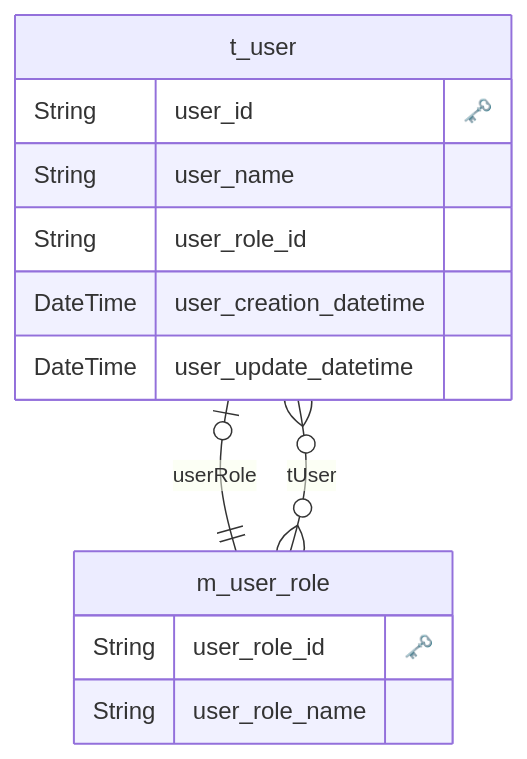
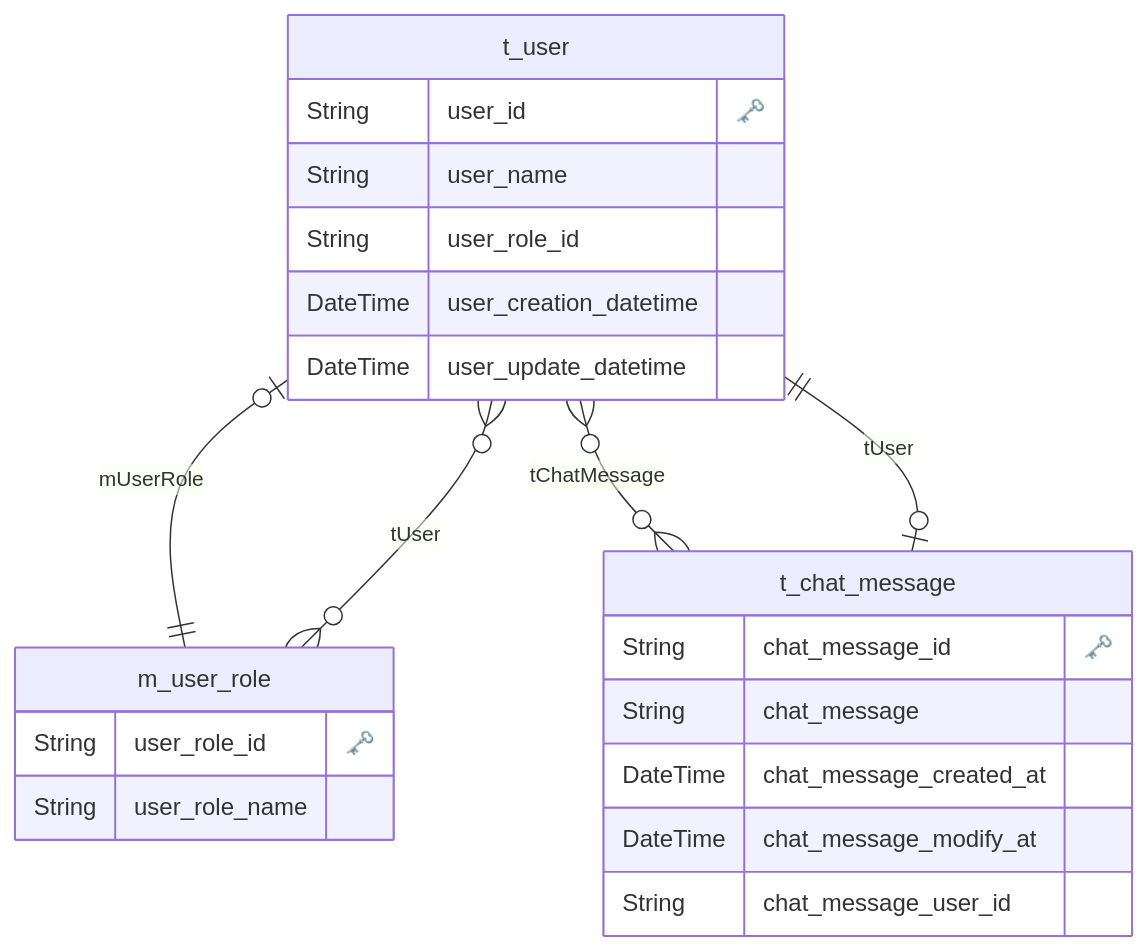
Before and after one commit to ShunsukeNONOMURA/nuxt3-master: the diagram in project/prisma/erd.md, drawn with Mermaid. The commit also changed 61 other files, not shown here.

````diff
--- a/project/prisma/erd.md
+++ b/project/prisma/erd.md
@@ -1,20 +1,31 @@
 ```mermaid
 erDiagram
 
   "t_user" {
     String user_id "🗝️"
-    String user_name
-    String user_role_id
-    DateTime user_creation_datetime
-    DateTime user_update_datetime
+    String user_name 
+    String user_role_id 
+    DateTime user_creation_datetime 
+    DateTime user_update_datetime 
     }
-
+  
 
   "m_user_role" {
     String user_role_id "🗝️"
-    String user_role_name
+    String user_role_name 
     }
+  
 
-    "t_user" o|--|| "m_user_role" : "userRole"
+  "t_chat_message" {
+    String chat_message_id "🗝️"
+    String chat_message 
+    DateTime chat_message_created_at 
+    DateTime chat_message_modify_at 
+    String chat_message_user_id 
+    }
+  
+    "t_user" o|--|| "m_user_role" : "mUserRole"
+    "t_user" o{--}o "t_chat_message" : "tChatMessage"
     "m_user_role" o{--}o "t_user" : "tUser"
+    "t_chat_message" o|--|| "t_user" : "tUser"
 ```
````
